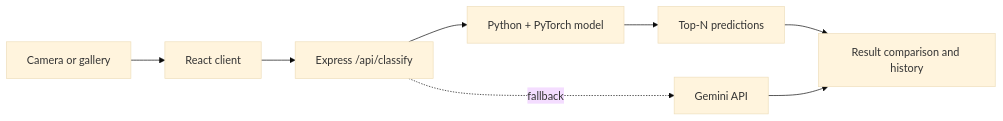
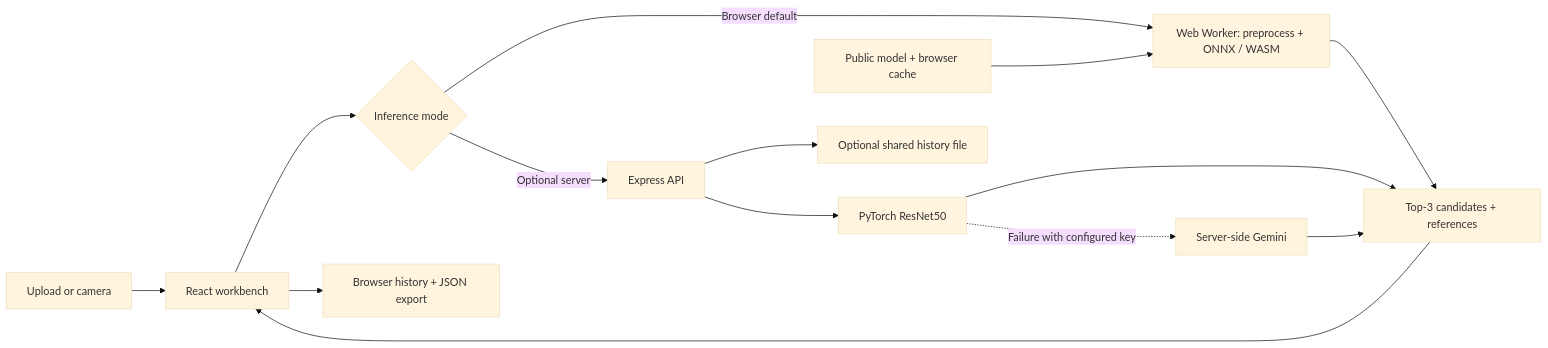
The diagram in README.md (YanYihann/Leather-Texture-Classifier), drawn with Mermaid (base theme) before and after one commit. The commit also changed other lines of this file and 868 other files, not shown here.

````diff
--- a/README.md
+++ b/README.md
@@ -24,10 +109,16 @@
 ```mermaid
 flowchart LR
-  A[Camera or gallery] --> B[React client]
-  B --> C[Express /api/classify]
-  C --> D[Python + PyTorch model]
-  D --> E[Top-N predictions]
-  C -. fallback .-> F[Gemini API]
-  E --> G[Result comparison and history]
-  F --> G
+    A[Upload or camera] --> B[React workbench]
+    B --> C{Inference mode}
+    C -->|Browser default| D[Web Worker: preprocess + ONNX / WASM]
+    E[Public model + browser cache] --> D
+    C -->|Optional server| F[Express API]
+    F --> G[PyTorch ResNet50]
+    G -. Failure with configured key .-> H[Server-side Gemini]
+    D --> I[Top-3 candidates + references]
+    G --> I
+    H --> I
+    I --> B
+    B --> J[Browser history + JSON export]
+    F --> K[Optional shared history file]
 ```
````
